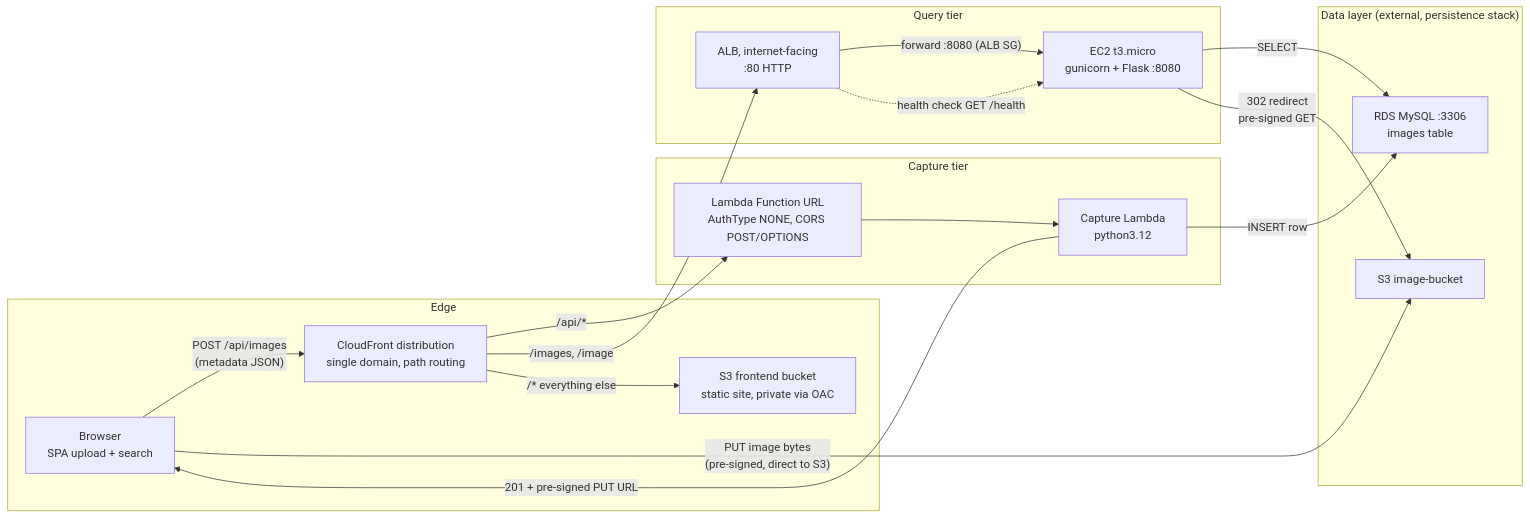
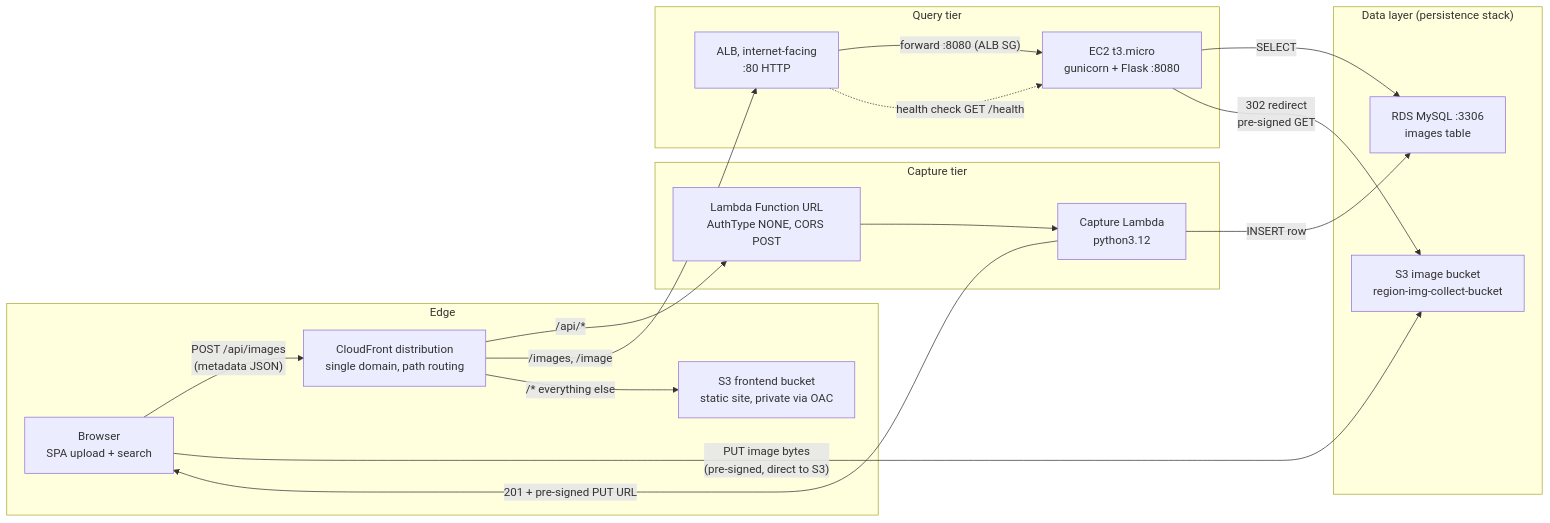
The diagram in README.md (DoctorEva/CloudComputingFinalProj), drawn with Mermaid before and after one commit. The commit also changed other lines of this file and 4 other files, not shown here.

````diff
--- a/README.md
+++ b/README.md
@@ -19,38 +19,38 @@
 ```mermaid
 flowchart LR
     subgraph Edge["Edge"]
         Browser["Browser<br/>SPA upload + search"]
         CF["CloudFront distribution<br/>single domain, path routing"]
         FrontendBucket["S3 frontend bucket<br/>static site, private via OAC"]
     end
 
     subgraph Capture["Capture tier"]
-        LambdaURL["Lambda Function URL<br/>AuthType NONE, CORS POST/OPTIONS"]
+        LambdaURL["Lambda Function URL<br/>AuthType NONE, CORS POST"]
         CaptureLambda["Capture Lambda<br/>python3.12"]
     end
 
     subgraph Query["Query tier"]
         ALB["ALB, internet-facing<br/>:80 HTTP"]
         QueryEC2["EC2 t3.micro<br/>gunicorn + Flask :8080"]
     end
 
-    subgraph Data["Data layer (external, persistence stack)"]
-        ImageBucket["S3 image-bucket"]
+    subgraph Data["Data layer (persistence stack)"]
+        ImageBucket["S3 image bucket<br/>region-img-collect-bucket"]
         RDS["RDS MySQL :3306<br/>images table"]
     end
 
     Browser -->|"POST /api/images<br/>(metadata JSON)"| CF
     CF -->|"/api/*"| LambdaURL
     LambdaURL --> CaptureLambda
     CaptureLambda -->|"INSERT row"| RDS
     CaptureLambda -->|"201 + pre-signed PUT URL"| Browser
     Browser -->|"PUT image bytes<br/>(pre-signed, direct to S3)"| ImageBucket
 
     CF -->|"/images, /image"| ALB
     ALB -->|"forward :8080 (ALB SG)"| QueryEC2
     ALB -.->|"health check GET /health"| QueryEC2
     QueryEC2 -->|"SELECT"| RDS
     QueryEC2 -->|"302 redirect<br/>pre-signed GET"| ImageBucket
 
     CF -->|"/* everything else"| FrontendBucket
 ```
````
